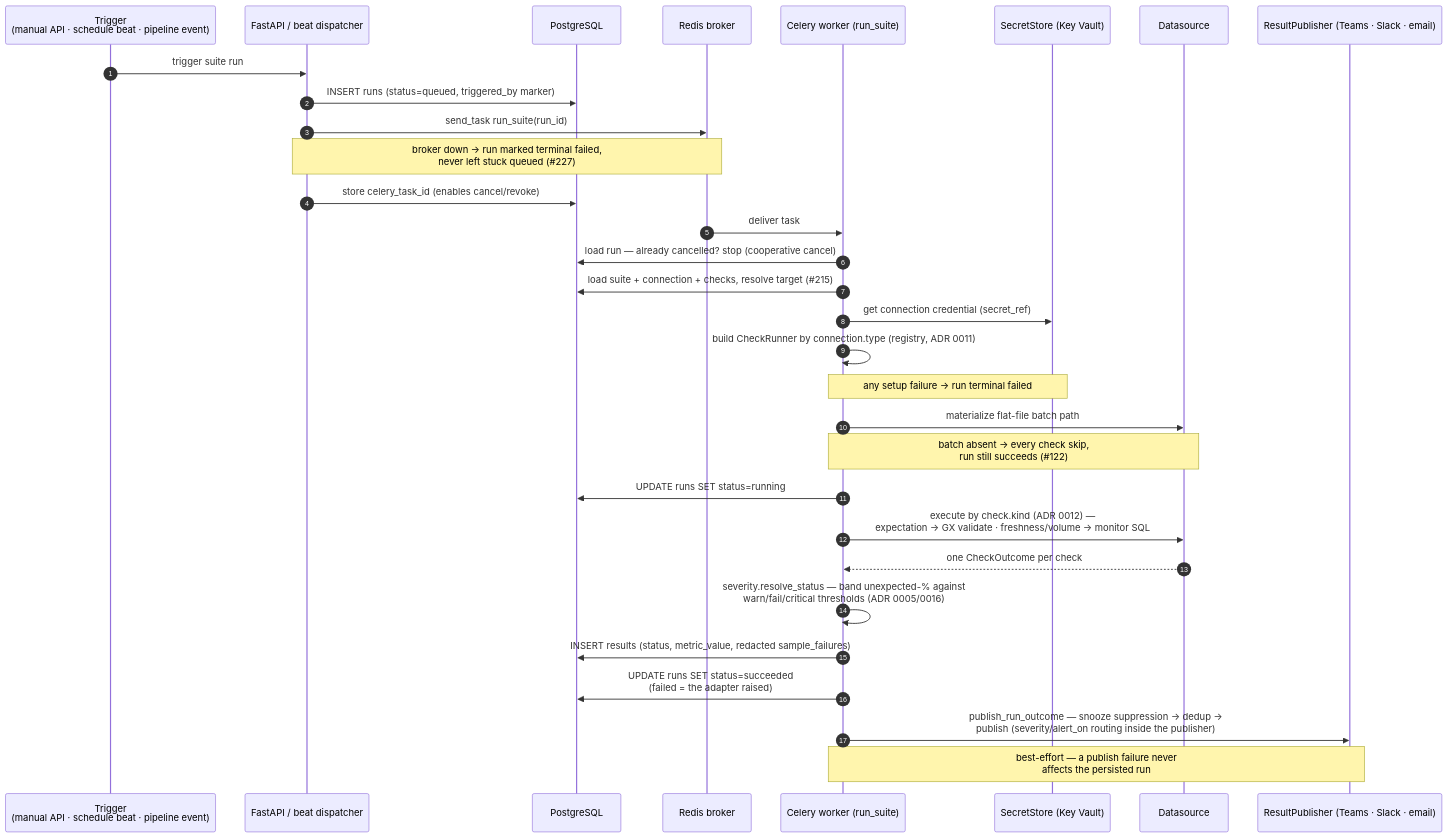
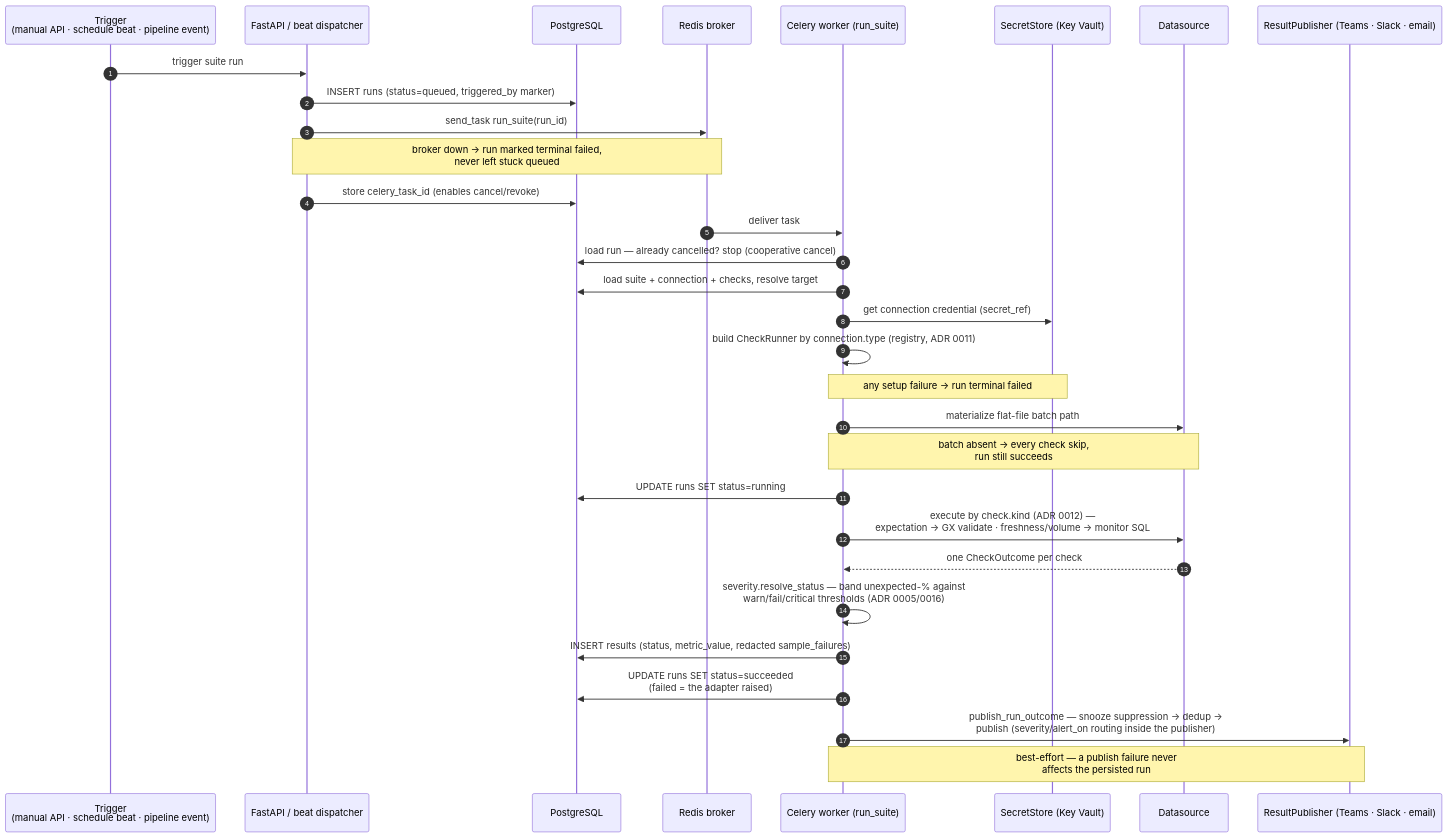
The third of 7 diagrams in docs/site/architecture.md (TheurgicDuke771/DataQ), drawn with Mermaid before and after one commit. The commit also changed other lines of this file and 22 other files, not shown here.

````diff
--- a/docs/site/architecture.md
+++ b/docs/site/architecture.md
@@ -398,35 +398,35 @@
 ```mermaid
 sequenceDiagram
     autonumber
     participant Trig as Trigger<br/>(manual API · schedule beat · pipeline event)
     participant API as FastAPI / beat dispatcher
     participant PG as PostgreSQL
     participant BR as Redis broker
     participant W as Celery worker (run_suite)
     participant KV as SecretStore (Key Vault)
     participant DS as Datasource
     participant Pub as ResultPublisher (Teams · Slack · email)
 
     Trig->>API: trigger suite run
     API->>PG: INSERT runs (status=queued, triggered_by marker)
     API->>BR: send_task run_suite(run_id)
-    Note over API,BR: broker down → run marked terminal failed,<br/>never left stuck queued (#35;227)
+    Note over API,BR: broker down → run marked terminal failed,<br/>never left stuck queued
     API->>PG: store celery_task_id (enables cancel/revoke)
 
     BR->>W: deliver task
     W->>PG: load run — already cancelled? stop (cooperative cancel)
-    W->>PG: load suite + connection + checks, resolve target (#35;215)
+    W->>PG: load suite + connection + checks, resolve target
     W->>KV: get connection credential (secret_ref)
     W->>W: build CheckRunner by connection.type (registry, ADR 0011)
     Note over W,KV: any setup failure → run terminal failed
     W->>DS: materialize flat-file batch path
-    Note over W,DS: batch absent → every check skip,<br/>run still succeeds (#35;122)
+    Note over W,DS: batch absent → every check skip,<br/>run still succeeds
     W->>PG: UPDATE runs SET status=running
     W->>DS: execute by check.kind (ADR 0012) —<br/>expectation → GX validate · freshness/volume → monitor SQL
     DS-->>W: one CheckOutcome per check
     W->>W: severity.resolve_status — band unexpected-% against<br/>warn/fail/critical thresholds (ADR 0005/0016)
     W->>PG: INSERT results (status, metric_value, redacted sample_failures)
     W->>PG: UPDATE runs SET status=succeeded<br/>(failed = the adapter raised)
     W->>Pub: publish_run_outcome — snooze suppression → dedup →<br/>publish (severity/alert_on routing inside the publisher)
     Note over W,Pub: best-effort — a publish failure never<br/>affects the persisted run
 ```
````
